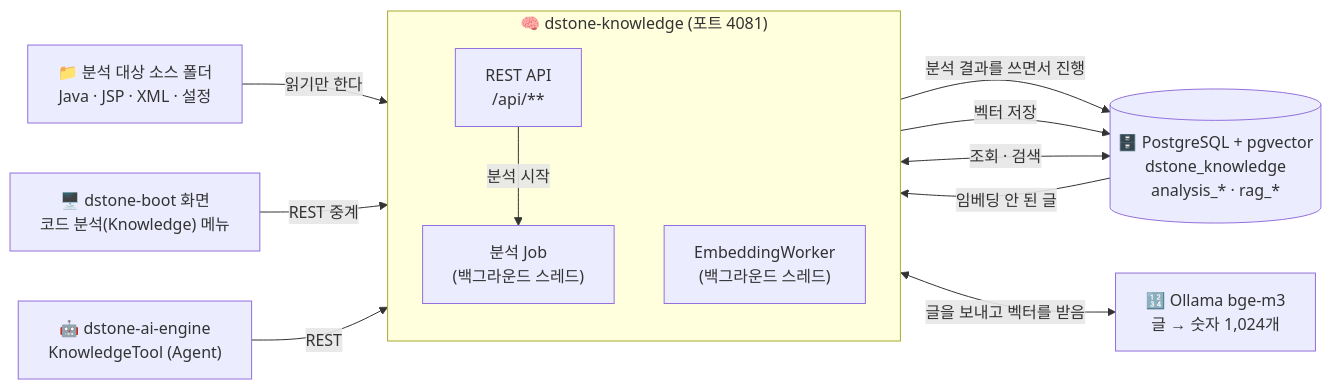
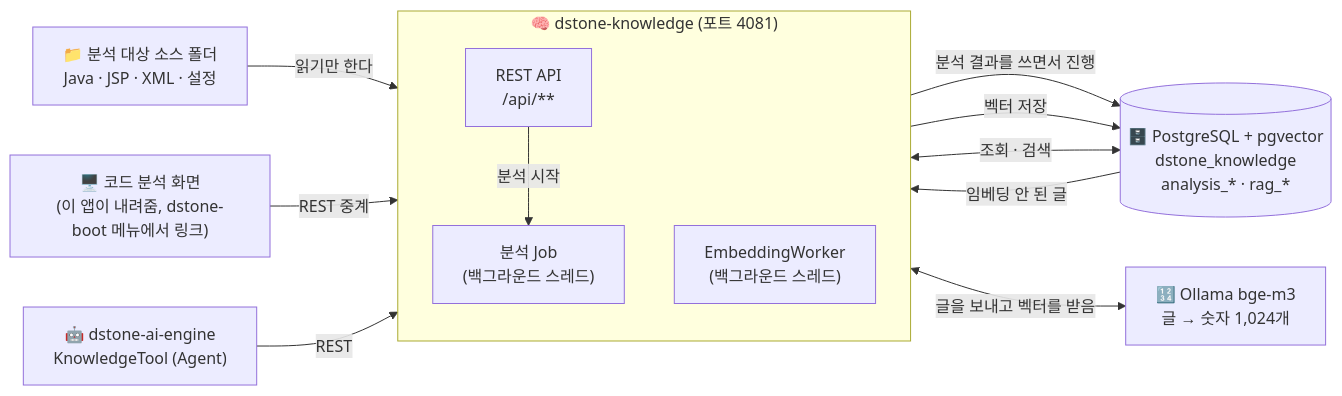
One commit to YongSoekChoeng/dstone changed the first of 16 diagrams in docs/11.dstone-knowledge.md. Above: the diagram before and after it, drawn with Mermaid. The commit also changed other lines of this file and 86 other files, not shown here.

First line of the commit message:
feat: AI·Knowledge 화면을 dstone-ai-engine·dstone-knowledge로 옮기고 dstone-boot와 세션 공유

````diff
--- a/docs/11.dstone-knowledge.md
+++ b/docs/11.dstone-knowledge.md
@@ -42,27 +42,27 @@
 ```mermaid
 flowchart LR
     SRC["📁 분석 대상 소스 폴더<br/>Java · JSP · XML · 설정"]
 
     subgraph K["🧠 dstone-knowledge (포트 4081)"]
         direction TB
         API["REST API<br/>/api/**"]
         JOB["분석 Job<br/>(백그라운드 스레드)"]
         EMB["EmbeddingWorker<br/>(백그라운드 스레드)"]
         API -->|분석 시작| JOB
     end
 
     DB[("🗄️ PostgreSQL + pgvector<br/>dstone_knowledge<br/>analysis_* · rag_*")]
     OLL["🔢 Ollama bge-m3<br/>글 → 숫자 1,024개"]
 
-    BOOT["🖥️ dstone-boot 화면<br/>코드 분석(Knowledge) 메뉴"]
+    BOOT["🖥️ 코드 분석 화면<br/>(이 앱이 내려줌, dstone-boot 메뉴에서 링크)"]
     AI["🤖 dstone-ai-engine<br/>KnowledgeTool (Agent)"]
 
     SRC -->|읽기만 한다| JOB
     JOB -->|분석 결과를 쓰면서 진행| DB
     DB -->|임베딩 안 된 글| EMB
     EMB <-->|글을 보내고 벡터를 받음| OLL
     EMB -->|벡터 저장| DB
     API <-->|조회 · 검색| DB
     BOOT -->|REST 중계| API
     AI -->|REST| API
 ```
````
